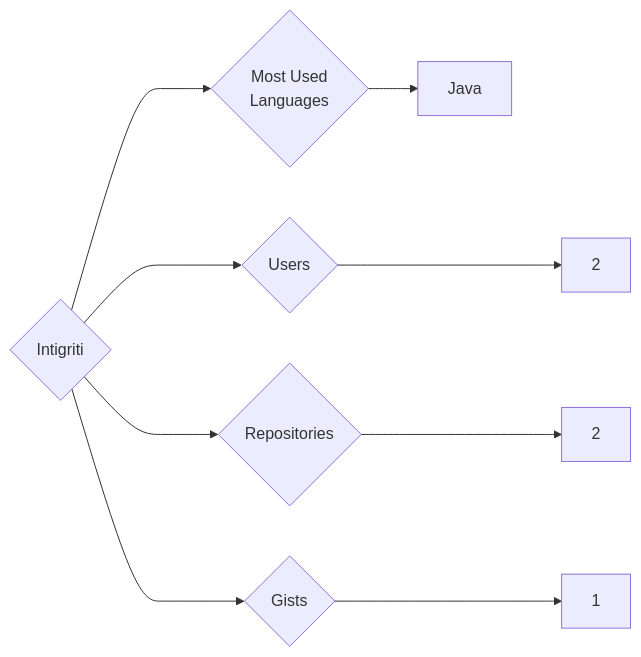
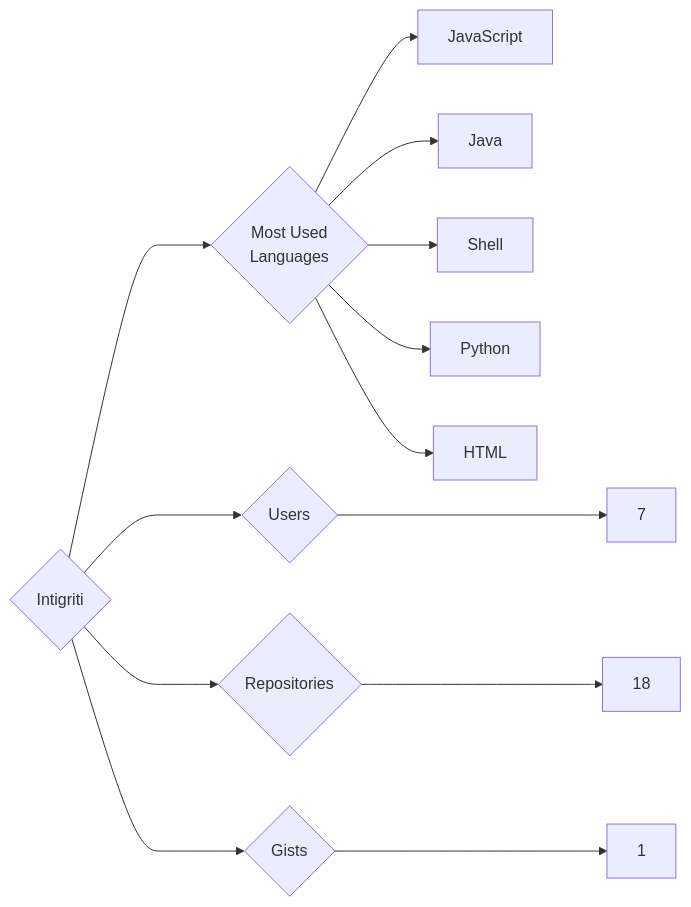
One commit to trickest/insiders changed the diagram in targets/Intigriti/README.md. Above: the diagram before and after it, drawn with Mermaid. The commit also changed 924 other files, not shown here.

````diff
--- a/targets/Intigriti/README.md
+++ b/targets/Intigriti/README.md
@@ -3,9 +3,13 @@
 ```mermaid
 graph LR
 COMPANY_NAME{Intigriti}
-COMPANY_NAME ---> U{Users} ---> UN[2]
-COMPANY_NAME ---> R{Repositories} ---> RN[2]
+COMPANY_NAME ---> U{Users} ---> UN[7]
+COMPANY_NAME ---> R{Repositories} ---> RN[18]
 COMPANY_NAME ---> G{Gists} ---> GN[1]
 COMPANY_NAME ---> ML{Most Used<br>Languages}
+ML --> JavaScript[JavaScript]
 ML --> Java[Java]
+ML --> Shell[Shell]
+ML --> Python[Python]
+ML --> HTML[HTML]
 ```
````
